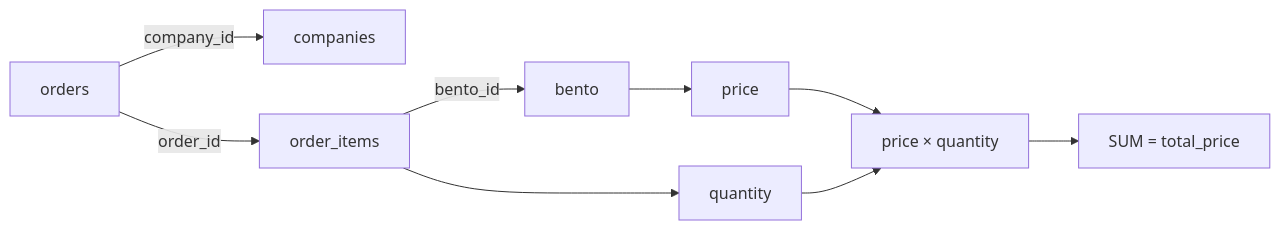
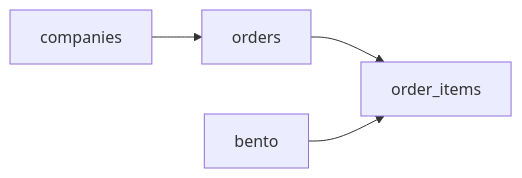
One commit to gyakusu/fastapi-postgres-demo changed the seventh of 9 diagrams in README.md. Above: the diagram before and after it, drawn with Mermaid. The commit also changed other lines of this file, not shown here.

````diff
--- a/README.md
+++ b/README.md
@@ -486,17 +542,6 @@
 ```mermaid
 flowchart LR
-    O[orders]
-    C[companies]
-    I[order_items]
-    B[bento]
-
-    O -->|company_id| C
-    O -->|order_id| I
-    I -->|bento_id| B
-
-    B --> X[price]
-    I --> Y[quantity]
-    X --> Z[price × quantity]
-    Y --> Z
-    Z --> S[SUM = total_price]
+    C[companies] --> O[orders]
+    O --> OI[order_items]
+    B[bento] --> OI
 ```
````
